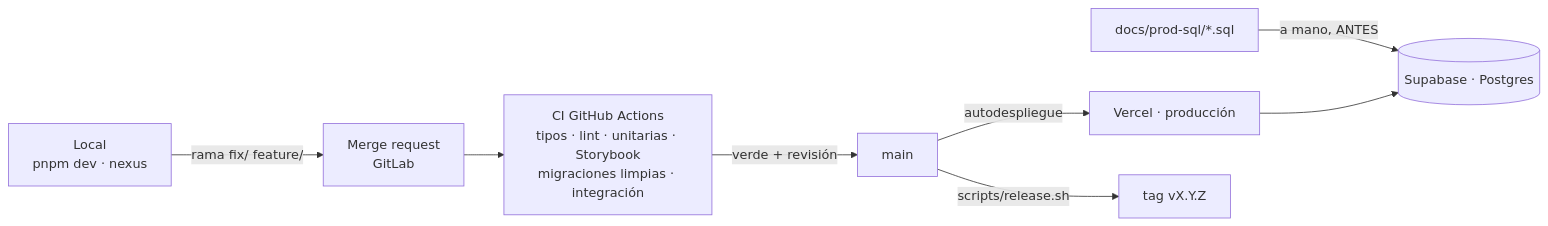
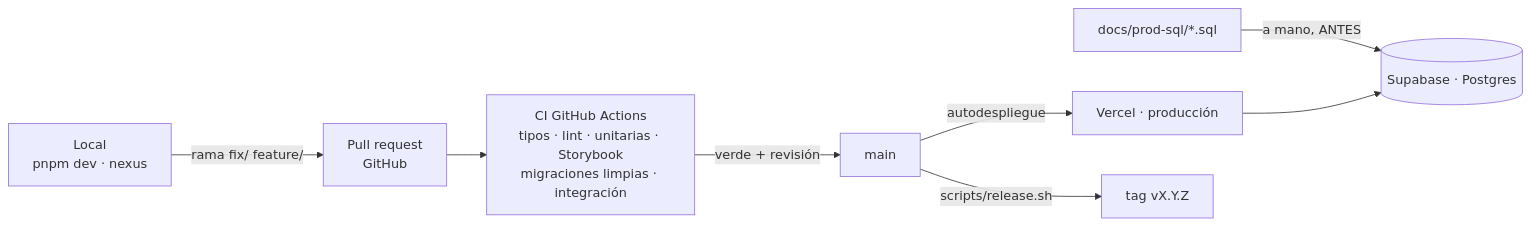
Before and after one commit to NexusThrive/nexus-thrive: the diagram in docs/guias/devops.md, drawn with Mermaid. The commit also changed other lines of this file and 3 other files, not shown here.

First line of the commit message:
docs: flujo solo GitHub, sin GitLab ni espejo

````diff
--- a/docs/guias/devops.md
+++ b/docs/guias/devops.md
@@ -14,10 +14,10 @@
 ```mermaid
 flowchart LR
-  DEV["Local<br/>pnpm dev · nexus"] -->|rama fix/ feature/| PR[Merge request<br/>GitLab]
+  DEV["Local<br/>pnpm dev · nexus"] -->|rama fix/ feature/| PR[Pull request<br/>GitHub]
   PR --> CI["CI GitHub Actions<br/>tipos · lint · unitarias · Storybook<br/>migraciones limpias · integración"]
   CI -->|verde + revisión| MAIN[main]
   MAIN -->|autodespliegue| VERCEL[Vercel · producción]
   SQL["docs/prod-sql/*.sql"] -->|a mano, ANTES| SUPA[(Supabase · Postgres)]
   VERCEL --> SUPA
   MAIN -->|scripts/release.sh| TAG[tag vX.Y.Z]
 ```
````
